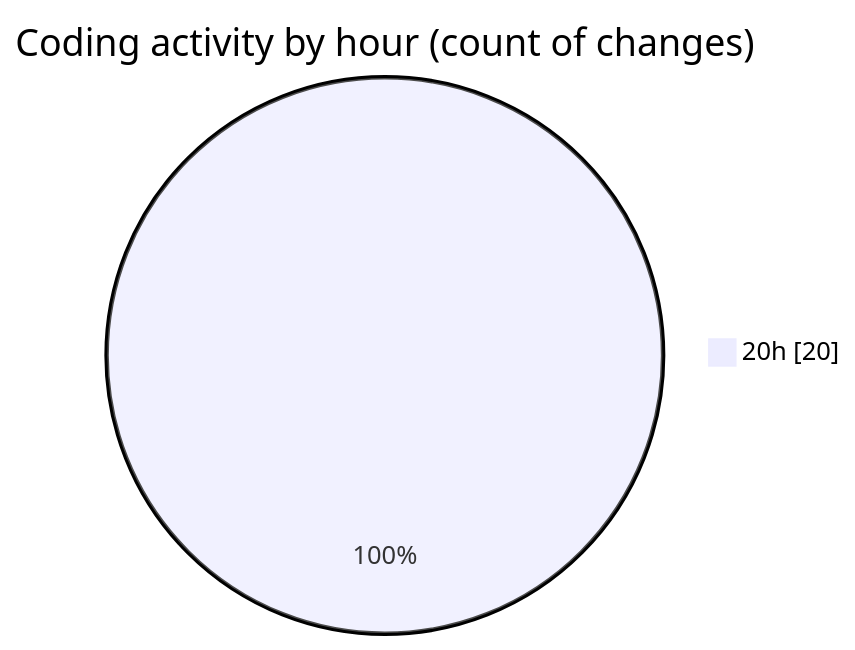
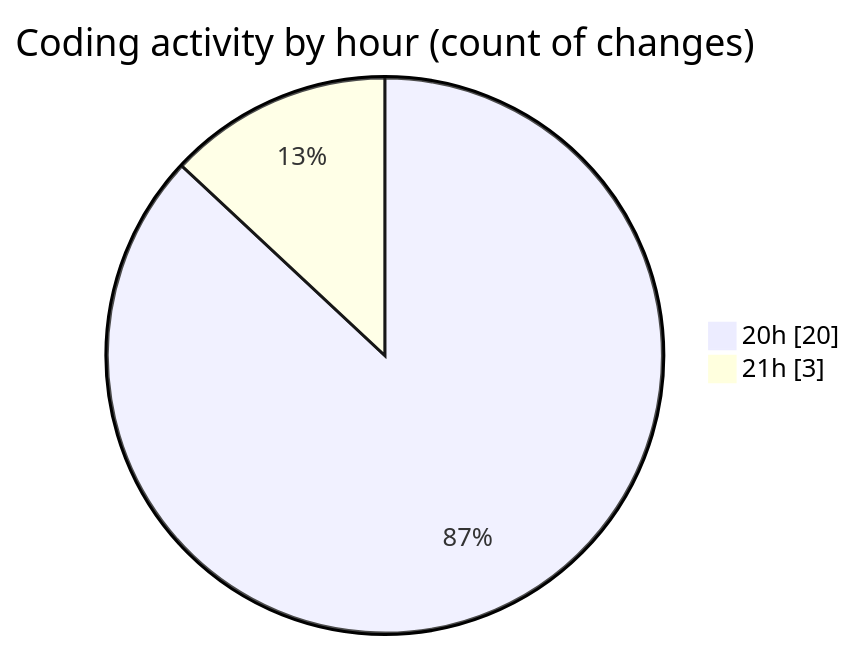
The second of 2 diagrams in 2025-08-19/quytuthien_vn/README.md (lephambinh05/code-tracking), drawn with Mermaid before and after one commit. The commit also changed other lines of this file and 1 other file, not shown here.

````diff
--- a/2025-08-19/quytuthien_vn/README.md
+++ b/2025-08-19/quytuthien_vn/README.md
@@ -48,5 +51,6 @@
 ```mermaid
 pie showData
 title Coding activity by hour (count of changes)
 "20h" : 20
+"21h" : 3
 ```
````
